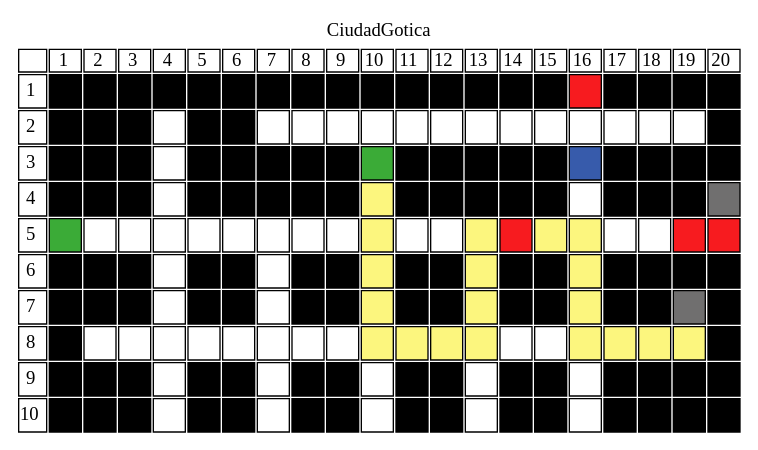
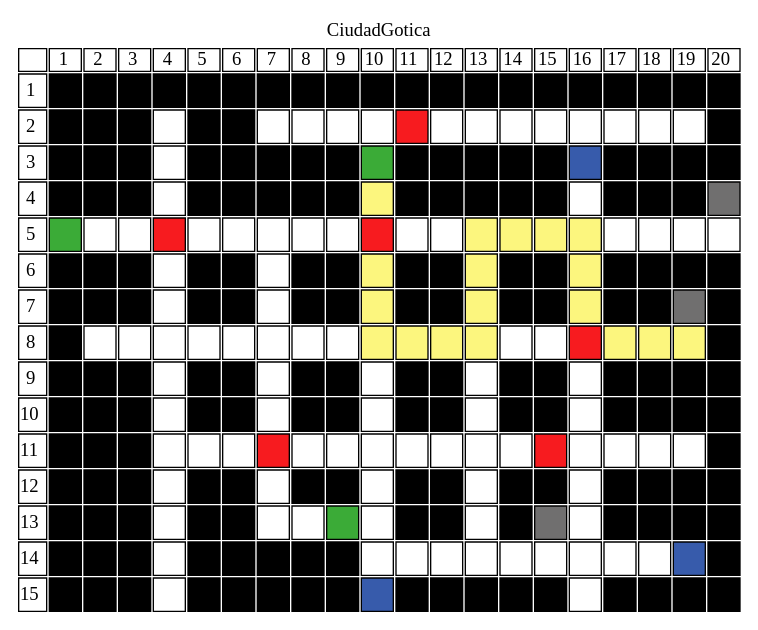
One commit to Dgo45921/IPC2_Proyecto2_202003585 changed the diagram in texto_dot.dot. Above: the diagram before and after it, drawn with Graphviz. The commit also changed 5 other files, not shown here.

```diff
--- a/texto_dot.dot
+++ b/texto_dot.dot
@@ -43,7 +43,7 @@
 <TD BGCOLOR="black">   </TD>
 <TD BGCOLOR="black">   </TD>
 <TD BGCOLOR="black">   </TD>
-<TD BGCOLOR="#f71b1f">   </TD>
+<TD BGCOLOR="black">   </TD>
 <TD BGCOLOR="black">   </TD>
 <TD BGCOLOR="black">   </TD>
 <TD BGCOLOR="black">   </TD>
@@ -60,7 +60,7 @@
 <TD>   </TD>
 <TD>   </TD>
 <TD>   </TD>
-<TD>   </TD>
+<TD BGCOLOR="#f71b1f">   </TD>
 <TD>   </TD>
 <TD>   </TD>
 <TD>   </TD>
@@ -119,23 +119,23 @@
 <TD BGCOLOR="#3bab37">   </TD>
 <TD>   </TD>
 <TD>   </TD>
+<TD BGCOLOR="#f71b1f">   </TD>
 <TD>   </TD>
 <TD>   </TD>
 <TD>   </TD>
 <TD>   </TD>
 <TD>   </TD>
-<TD>   </TD>
-<TD BGCOLOR = "#fcf67e">   </TD>
+<TD BGCOLOR="#f71b1f">   </TD>
 <TD>   </TD>
 <TD>   </TD>
 <TD BGCOLOR = "#fcf67e">   </TD>
-<TD BGCOLOR="#f71b1f">   </TD>
+<TD BGCOLOR = "#fcf67e">   </TD>
 <TD BGCOLOR = "#fcf67e">   </TD>
 <TD BGCOLOR = "#fcf67e">   </TD>
 <TD>   </TD>
 <TD>   </TD>
-<TD BGCOLOR="#f71b1f">   </TD>
-<TD BGCOLOR="#f71b1f">   </TD>
+<TD>   </TD>
+<TD>   </TD>
 </TR>
 <TR><TD CELLPADDING="0.1">6</TD>
 <TD BGCOLOR="black">   </TD>
@@ -197,7 +197,7 @@
 <TD BGCOLOR = "#fcf67e">   </TD>
 <TD>   </TD>
 <TD>   </TD>
-<TD BGCOLOR = "#fcf67e">   </TD>
+<TD BGCOLOR="#f71b1f">   </TD>
 <TD BGCOLOR = "#fcf67e">   </TD>
 <TD BGCOLOR = "#fcf67e">   </TD>
 <TD BGCOLOR = "#fcf67e">   </TD>
@@ -247,4 +247,114 @@
 <TD BGCOLOR="black">   </TD>
 <TD BGCOLOR="black">   </TD>
 </TR>
+<TR><TD CELLPADDING="0.1">11</TD>
+<TD BGCOLOR="black">   </TD>
+<TD BGCOLOR="black">   </TD>
+<TD BGCOLOR="black">   </TD>
+<TD>   </TD>
+<TD>   </TD>
+<TD>   </TD>
+<TD BGCOLOR="#f71b1f">   </TD>
+<TD>   </TD>
+<TD>   </TD>
+<TD>   </TD>
+<TD>   </TD>
+<TD>   </TD>
+<TD>   </TD>
+<TD>   </TD>
+<TD BGCOLOR="#f71b1f">   </TD>
+<TD>   </TD>
+<TD>   </TD>
+<TD>   </TD>
+<TD>   </TD>
+<TD BGCOLOR="black">   </TD>
+</TR>
+<TR><TD CELLPADDING="0.1">12</TD>
+<TD BGCOLOR="black">   </TD>
+<TD BGCOLOR="black">   </TD>
+<TD BGCOLOR="black">   </TD>
+<TD>   </TD>
+<TD BGCOLOR="black">   </TD>
+<TD BGCOLOR="black">   </TD>
+<TD>   </TD>
+<TD BGCOLOR="black">   </TD>
+<TD BGCOLOR="black">   </TD>
+<TD>   </TD>
+<TD BGCOLOR="black">   </TD>
+<TD BGCOLOR="black">   </TD>
+<TD>   </TD>
+<TD BGCOLOR="black">   </TD>
+<TD BGCOLOR="black">   </TD>
+<TD>   </TD>
+<TD BGCOLOR="black">   </TD>
+<TD BGCOLOR="black">   </TD>
+<TD BGCOLOR="black">   </TD>
+<TD BGCOLOR="black">   </TD>
+</TR>
+<TR><TD CELLPADDING="0.1">13</TD>
+<TD BGCOLOR="black">   </TD>
+<TD BGCOLOR="black">   </TD>
+<TD BGCOLOR="black">   </TD>
+<TD>   </TD>
+<TD BGCOLOR="black">   </TD>
+<TD BGCOLOR="black">   </TD>
+<TD>   </TD>
+<TD>   </TD>
+<TD BGCOLOR="#3bab37">   </TD>
+<TD>   </TD>
+<TD BGCOLOR="black">   </TD>
+<TD BGCOLOR="black">   </TD>
+<TD>   </TD>
+<TD BGCOLOR="black">   </TD>
+<TD BGCOLOR="#706f6f">   </TD>
+<TD>   </TD>
+<TD BGCOLOR="black">   </TD>
+<TD BGCOLOR="black">   </TD>
+<TD BGCOLOR="black">   </TD>
+<TD BGCOLOR="black">   </TD>
+</TR>
+<TR><TD CELLPADDING="0.1">14</TD>
+<TD BGCOLOR="black">   </TD>
+<TD BGCOLOR="black">   </TD>
+<TD BGCOLOR="black">   </TD>
+<TD>   </TD>
+<TD BGCOLOR="black">   </TD>
+<TD BGCOLOR="black">   </TD>
+<TD BGCOLOR="black">   </TD>
+<TD BGCOLOR="black">   </TD>
+<TD BGCOLOR="black">   </TD>
+<TD>   </TD>
+<TD>   </TD>
+<TD>   </TD>
+<TD>   </TD>
+<TD>   </TD>
+<TD>   </TD>
+<TD>   </TD>
+<TD>   </TD>
+<TD>   </TD>
+<TD BGCOLOR="#375bab">   </TD>
+<TD BGCOLOR="black">   </TD>
+</TR>
+<TR><TD CELLPADDING="0.1">15</TD>
+<TD BGCOLOR="black">   </TD>
+<TD BGCOLOR="black">   </TD>
+<TD BGCOLOR="black">   </TD>
+<TD>   </TD>
+<TD BGCOLOR="black">   </TD>
+<TD BGCOLOR="black">   </TD>
+<TD BGCOLOR="black">   </TD>
+<TD BGCOLOR="black">   </TD>
+<TD BGCOLOR="black">   </TD>
+<TD BGCOLOR="#375bab">   </TD>
+<TD BGCOLOR="black">   </TD>
+<TD BGCOLOR="black">   </TD>
+<TD BGCOLOR="black">   </TD>
+<TD BGCOLOR="black">   </TD>
+<TD BGCOLOR="black">   </TD>
+<TD>   </TD>
+<TD BGCOLOR="black">   </TD>
+<TD BGCOLOR="black">   </TD>
+<TD BGCOLOR="black">   </TD>
+<TD BGCOLOR="black">   </TD>
+</TR>
 </TABLE>>];}
```
